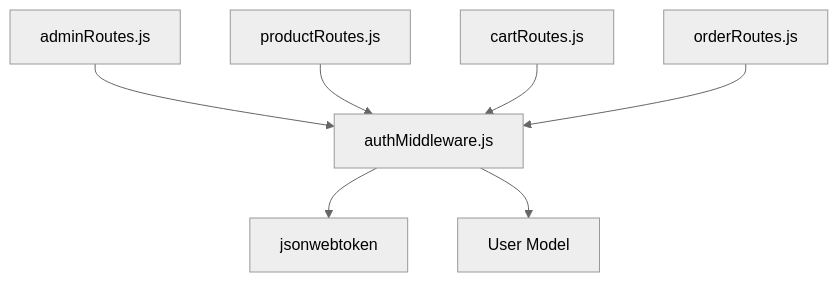
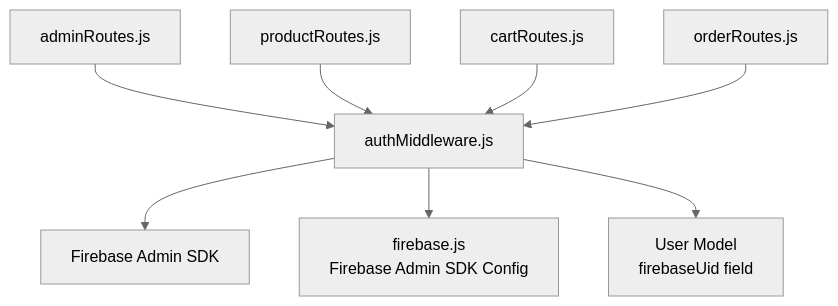
The sixth of 6 diagrams in .qoder/repowiki/en/content/Authentication & Authorization/Authentication Middleware.md (Pavan-PSPK9032/TrendsandToss), drawn with Mermaid (neutral theme) before and after one commit. The commit also changed other lines of this file and 9 other files, not shown here.

````diff
--- a/.qoder/repowiki/en/content/Authentication & Authorization/Authentication Middleware.md
+++ b/.qoder/repowiki/en/content/Authentication & Authorization/Authentication Middleware.md
@@ -272,16 +305,18 @@
 ```mermaid
 graph TB
-JWT["jsonwebtoken"]
-UM["User Model"]
+FIREBASE["Firebase Admin SDK"]
+F_CONFIG["firebase.js<br/>Firebase Admin SDK Config"]
+UM["User Model<br/>firebaseUid field"]
 AMW["authMiddleware.js"]
 AR["adminRoutes.js"]
 PR["productRoutes.js"]
 CR["cartRoutes.js"]
 OR["orderRoutes.js"]
-AMW --> JWT
+AMW --> FIREBASE
+AMW --> F_CONFIG
 AMW --> UM
 AR --> AMW
 PR --> AMW
 CR --> AMW
 OR --> AMW
 ```
````
